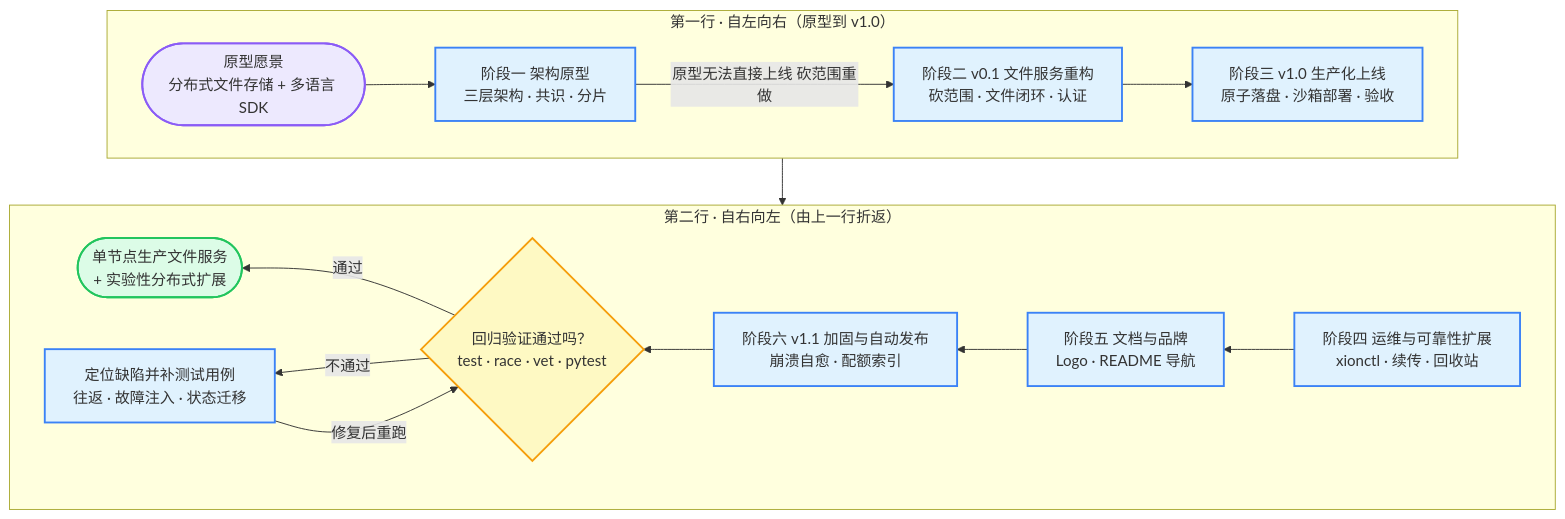
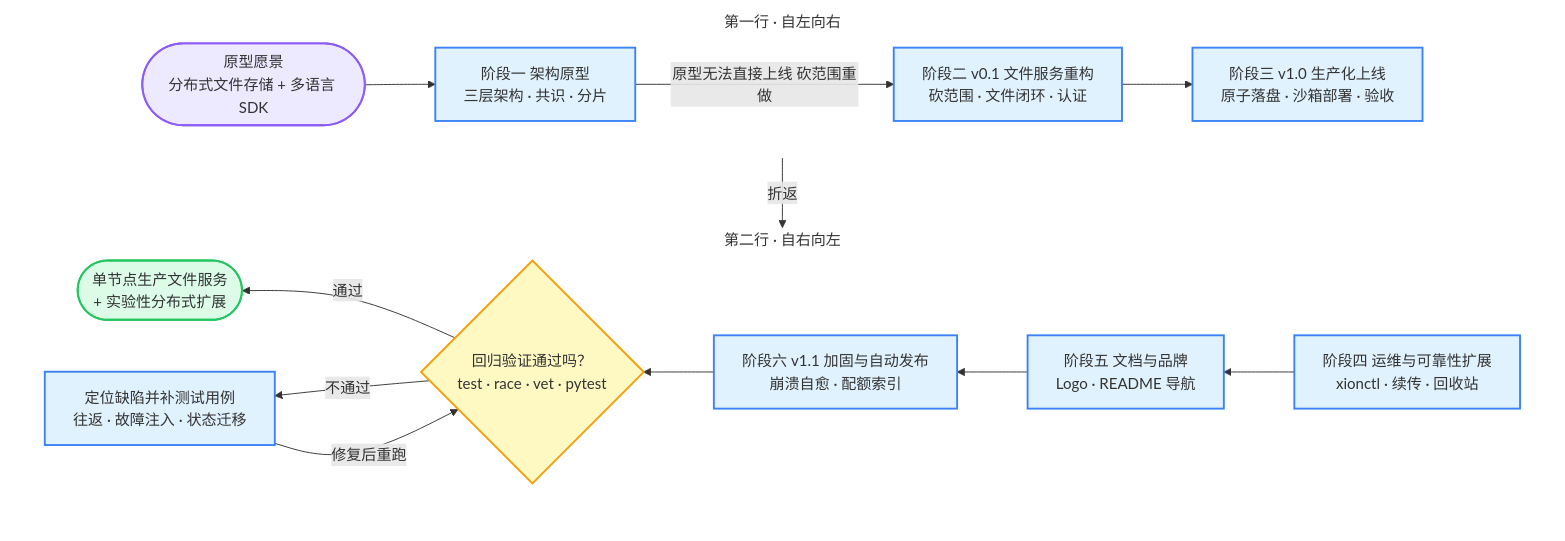
The third of 3 diagrams in 开发指南.md (Kylinlixd/AstraStoreXion), drawn with Mermaid before and after one commit. The commit also changed other lines of this file, not shown here.

Commit message:
docs: 流程图去掉两行外框，折返改为行间向下箭头

````diff
--- a/开发指南.md
+++ b/开发指南.md
@@ -75,36 +77,38 @@
 ```mermaid
 graph TB
     classDef startend fill:#EDE9FE,stroke:#8B5CF6,stroke-width:2px
     classDef process fill:#E0F2FE,stroke:#3B82F6,stroke-width:2px
     classDef decision fill:#FEF9C3,stroke:#F59E0B,stroke-width:2px
     classDef result fill:#DCFCE7,stroke:#22C55E,stroke-width:2px
 
-    subgraph ROW1["第一行 · 自左向右（原型到 v1.0）"]
+    subgraph ROW1["第一行 · 自左向右"]
         direction LR
         A(["原型愿景<br/>分布式文件存储 + 多语言 SDK"]):::startend
         B["阶段一 架构原型<br/>三层架构 · 共识 · 分片"]:::process
         D["阶段二 v0.1 文件服务重构<br/>砍范围 · 文件闭环 · 认证"]:::process
         E["阶段三 v1.0 生产化上线<br/>原子落盘 · 沙箱部署 · 验收"]:::process
         A --> B
         B -->|原型无法直接上线 砍范围重做| D
         D --> E
     end
 
-    subgraph ROW2["第二行 · 自右向左（由上一行折返）"]
+    subgraph ROW2["第二行 · 自右向左"]
         direction RL
         F["阶段四 运维与可靠性扩展<br/>xionctl · 续传 · 回收站"]:::process
         G["阶段五 文档与品牌<br/>Logo · README 导航"]:::process
         H["阶段六 v1.1 加固与自动发布<br/>崩溃自愈 · 配额索引"]:::process
         I{"回归验证通过吗？<br/>test · race · vet · pytest"}:::decision
         J["定位缺陷并补测试用例<br/>往返 · 故障注入 · 状态迁移"]:::process
         K(["单节点生产文件服务<br/>+ 实验性分布式扩展"]):::result
         F --> G
         G --> H
         H --> I
         I -->|通过| K
         I -->|不通过| J
         J -->|修复后重跑| I
     end
 
-    ROW1 --> ROW2
+    ROW1 -->|折返| ROW2
+    style ROW1 fill:none,stroke:none
+    style ROW2 fill:none,stroke:none
 ```
````
